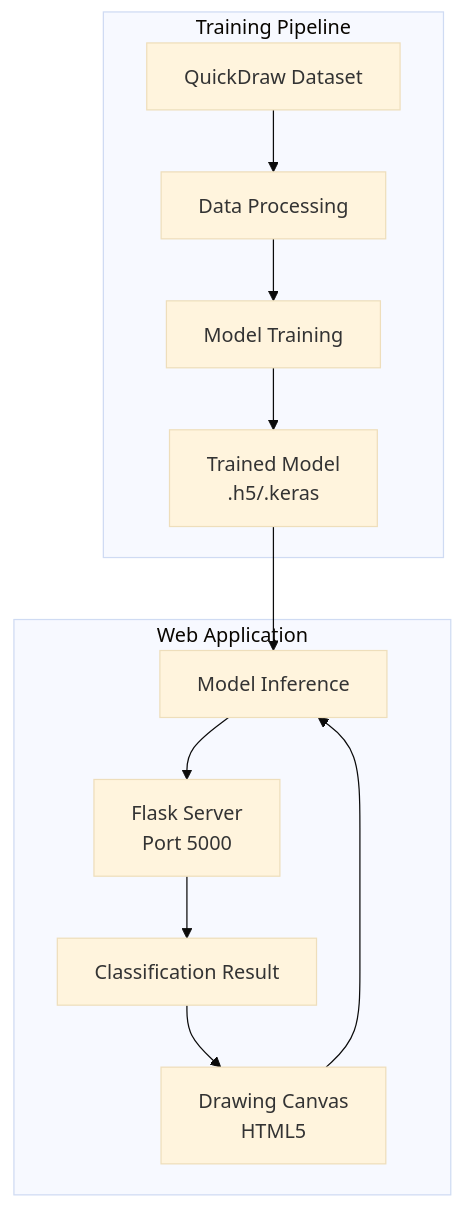
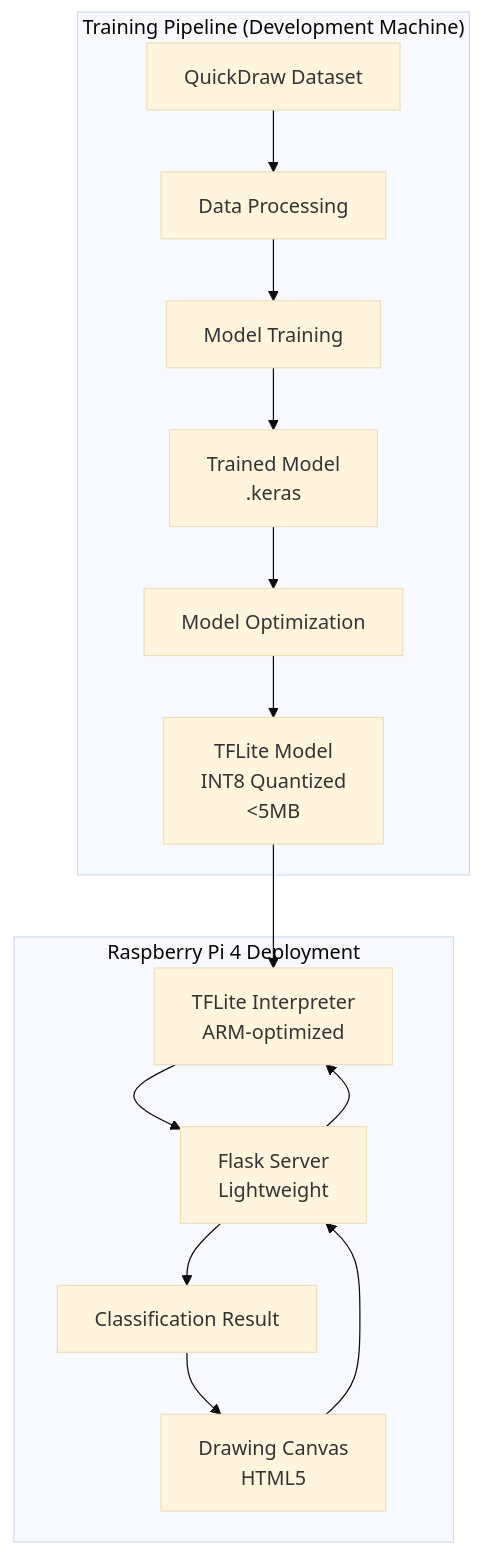
Before and after one commit to mc-ondros/DoodleParty: the first of 5 diagrams in .documentation/architecture.md, drawn with Mermaid (base theme). The commit also changed other lines of this file and 32 other files, not shown here.

````diff
--- a/.documentation/architecture.md
+++ b/.documentation/architecture.md
@@ -43,17 +78,19 @@
 ```mermaid
 graph TB
-    subgraph Training["Training Pipeline"]
+    subgraph Training["Training Pipeline (Development Machine)"]
         QD[QuickDraw Dataset] --> DP[Data Processing]
         DP --> MT[Model Training]
-        MT --> TM[Trained Model<br/>.h5/.keras]
+        MT --> TM[Trained Model<br/>.keras]
+        TM --> OPT[Model Optimization]
+        OPT --> TFLITE[TFLite Model<br/>INT8 Quantized<br/><5MB]
     end
     
-    subgraph WebApp["Web Application"]
-        DC[Drawing Canvas<br/>HTML5] --> MI[Model Inference]
-        MI --> FS[Flask Server<br/>Port 5000]
+    subgraph RPi["Raspberry Pi 4 Deployment"]
+        TFLITE --> MI[TFLite Interpreter<br/>ARM-optimized]
+        DC[Drawing Canvas<br/>HTML5] --> FS[Flask Server<br/>Lightweight]
+        FS --> MI
+        MI --> FS
         FS --> CR[Classification Result]
         CR --> DC
     end
-    
-    TM --> MI
 ```
````
